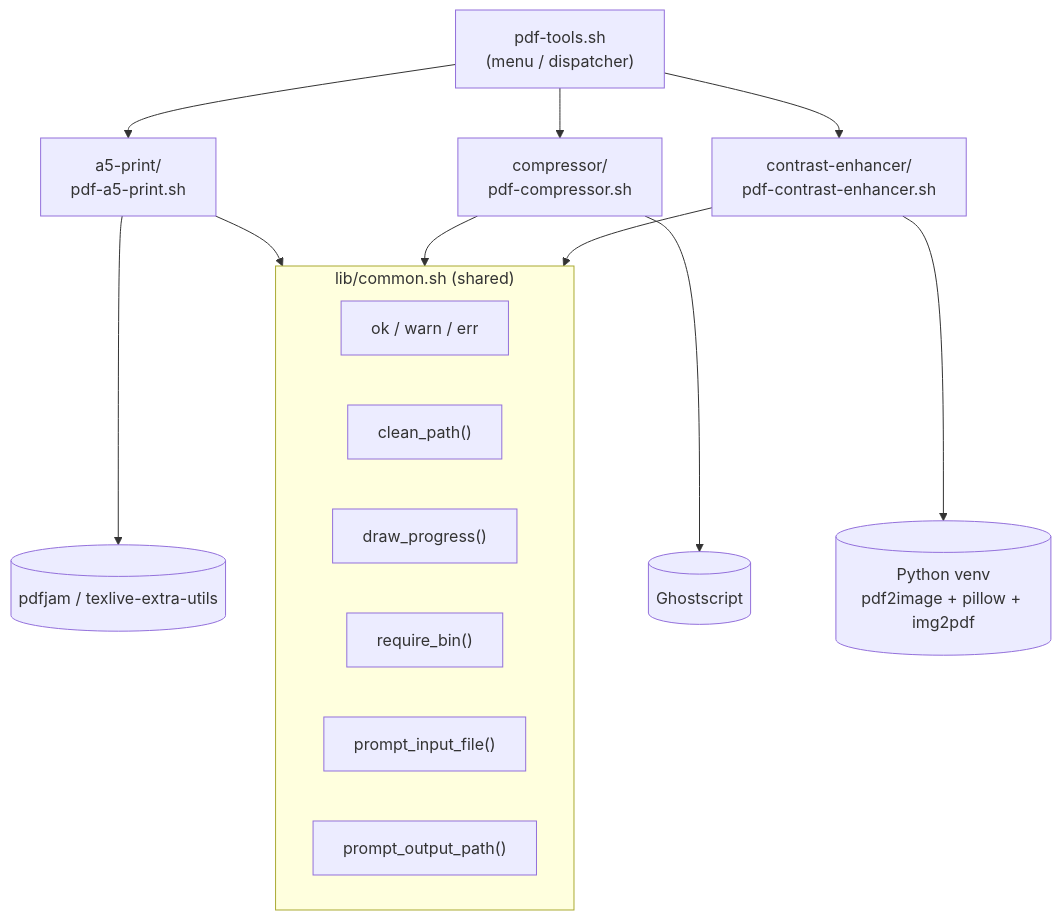
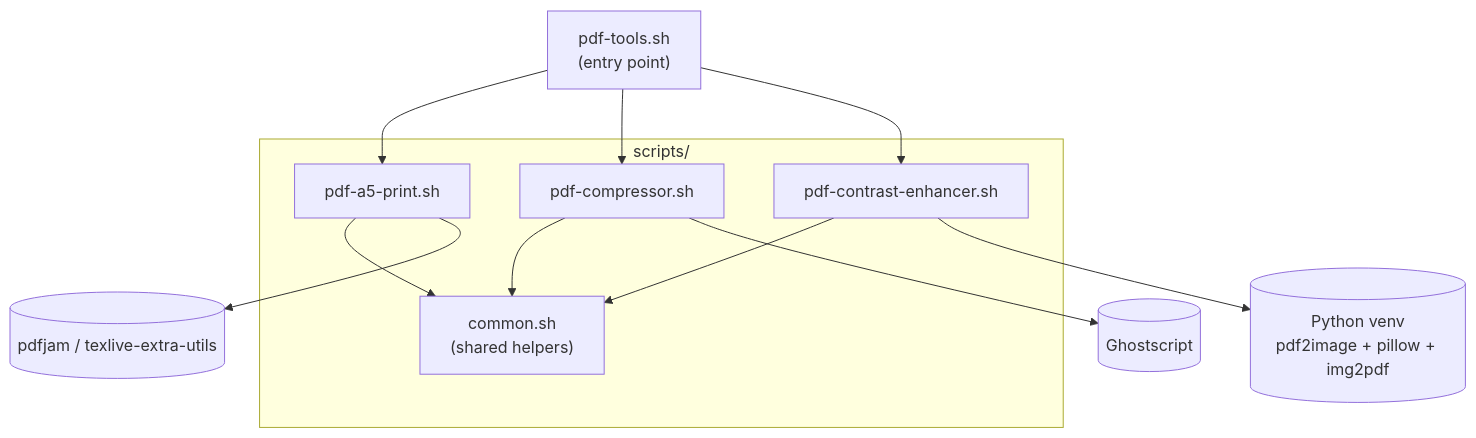
The diagram in README.md (oleksiisedun/pdf-tools), drawn with Mermaid before and after one commit. The commit also changed other lines of this file and 8 other files, not shown here.

````diff
--- a/README.md
+++ b/README.md
@@ -24,25 +24,23 @@
 ```mermaid
 graph TD
-  Menu["pdf-tools.sh\n(menu / dispatcher)"]
+  Menu["pdf-tools.sh\n(entry point)"]
 
-  subgraph Lib["lib/common.sh (shared)"]
-    Log["ok / warn / err"]
-    Clean["clean_path()"]
-    Progress["draw_progress()"]
-    ReqBin["require_bin()"]
-    PromptIn["prompt_input_file()"]
-    PromptOut["prompt_output_path()"]
+  subgraph Scripts["scripts/"]
+    Common["common.sh\n(shared helpers)"]
+    A5["pdf-a5-print.sh"]
+    Compressor["pdf-compressor.sh"]
+    Contrast["pdf-contrast-enhancer.sh"]
   end
 
-  Menu --> A5["a5-print/\npdf-a5-print.sh"]
-  Menu --> Compressor["compressor/\npdf-compressor.sh"]
-  Menu --> Contrast["contrast-enhancer/\npdf-contrast-enhancer.sh"]
+  Menu --> A5
+  Menu --> Compressor
+  Menu --> Contrast
 
-  A5 --> Lib
-  Compressor --> Lib
-  Contrast --> Lib
+  A5 --> Common
+  Compressor --> Common
+  Contrast --> Common
 
   A5 --> Pdfjam[("pdfjam / texlive-extra-utils")]
   Compressor --> Ghostscript[("Ghostscript")]
   Contrast --> Venv[("Python venv\npdf2image + pillow + img2pdf")]
 ```
````
